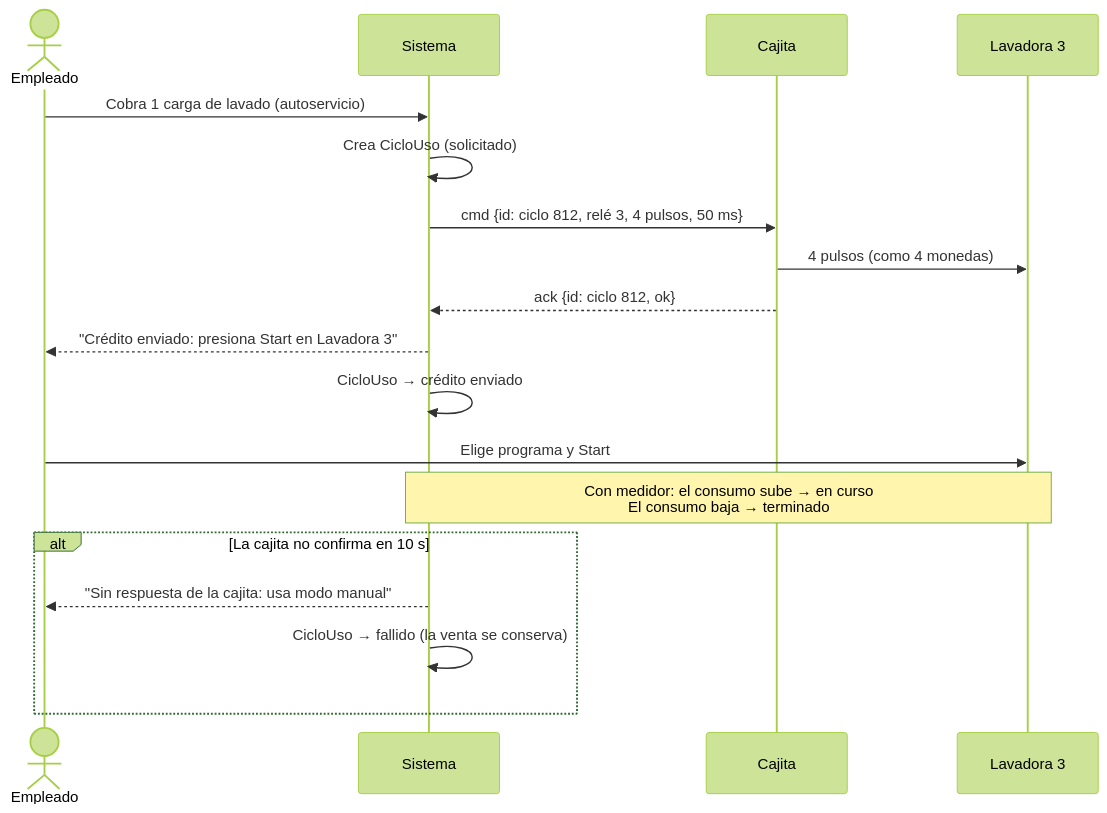
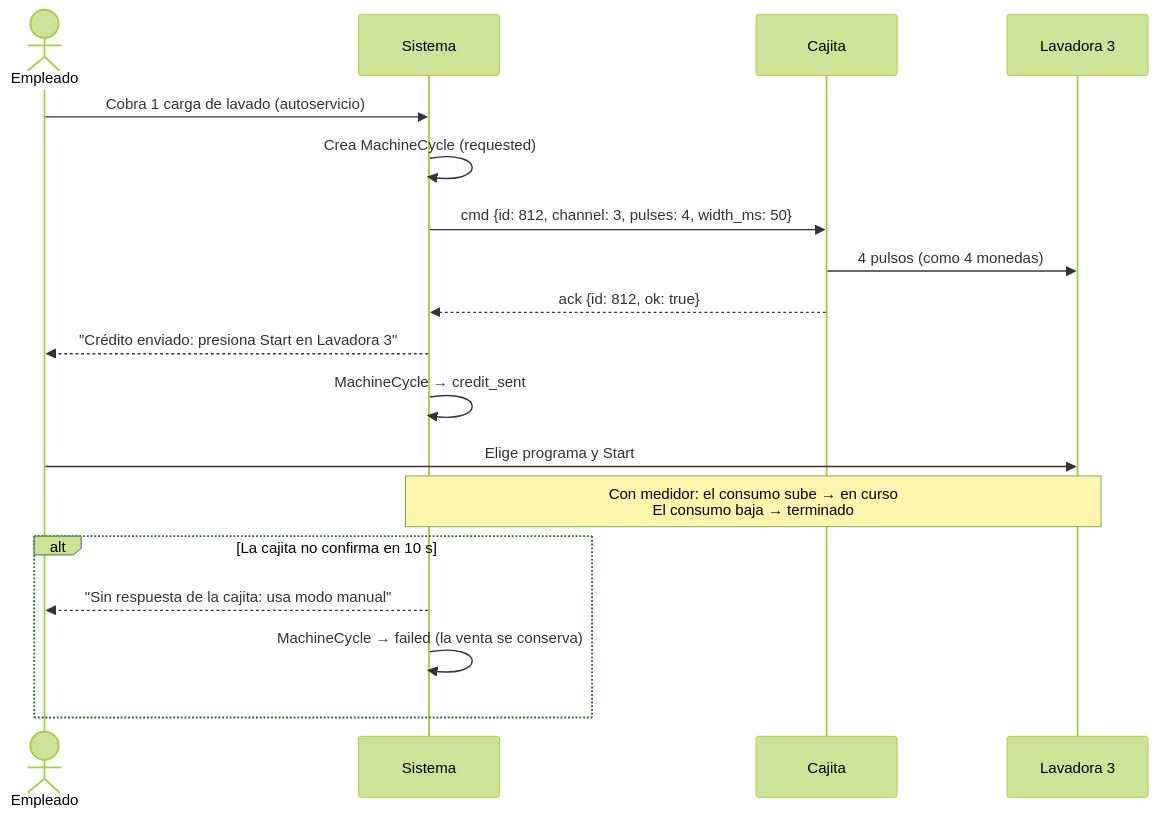
The third of 4 diagrams in mvp.md (atneses/open-laundry), drawn with Mermaid (forest theme) before and after one commit. The commit also changed other lines of this file and 1 other file, not shown here.

````diff
--- a/mvp.md
+++ b/mvp.md
@@ -568,21 +587,21 @@
 ```mermaid
 sequenceDiagram
     actor E as Empleado
     participant S as Sistema
     participant P as Cajita
     participant L as Lavadora 3
 
     E->>S: Cobra 1 carga de lavado (autoservicio)
-    S->>S: Crea CicloUso (solicitado)
-    S->>P: cmd {id: ciclo 812, relé 3, 4 pulsos, 50 ms}
+    S->>S: Crea MachineCycle (requested)
+    S->>P: cmd {id: 812, channel: 3, pulses: 4, width_ms: 50}
     P->>L: 4 pulsos (como 4 monedas)
-    P-->>S: ack {id: ciclo 812, ok}
+    P-->>S: ack {id: 812, ok: true}
     S-->>E: "Crédito enviado: presiona Start en Lavadora 3"
-    S->>S: CicloUso → crédito enviado
+    S->>S: MachineCycle → credit_sent
     E->>L: Elige programa y Start
     Note over S,L: Con medidor: el consumo sube → en curso<br/>El consumo baja → terminado
     alt La cajita no confirma en 10 s
         S-->>E: "Sin respuesta de la cajita: usa modo manual"
-        S->>S: CicloUso → fallido (la venta se conserva)
+        S->>S: MachineCycle → failed (la venta se conserva)
     end
 ```
````
